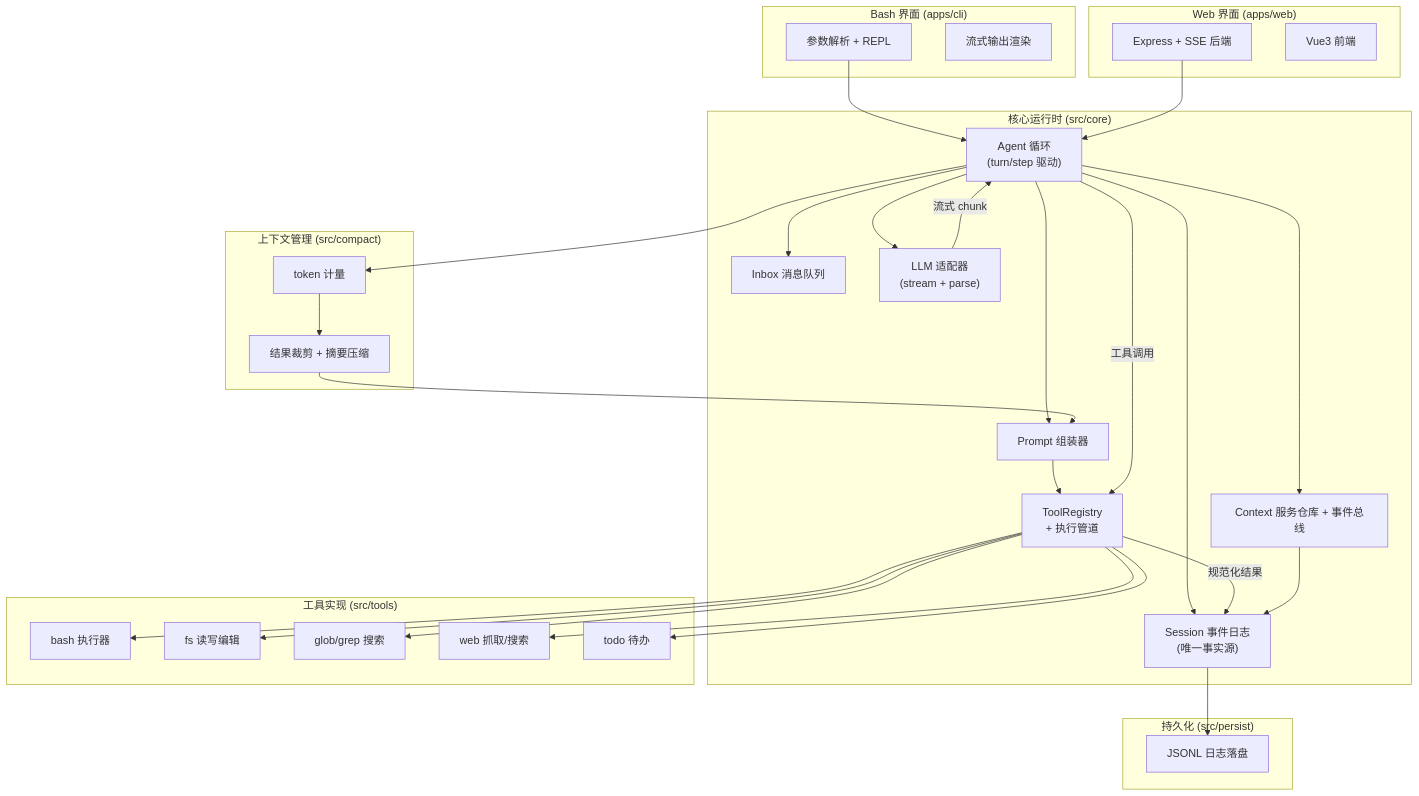
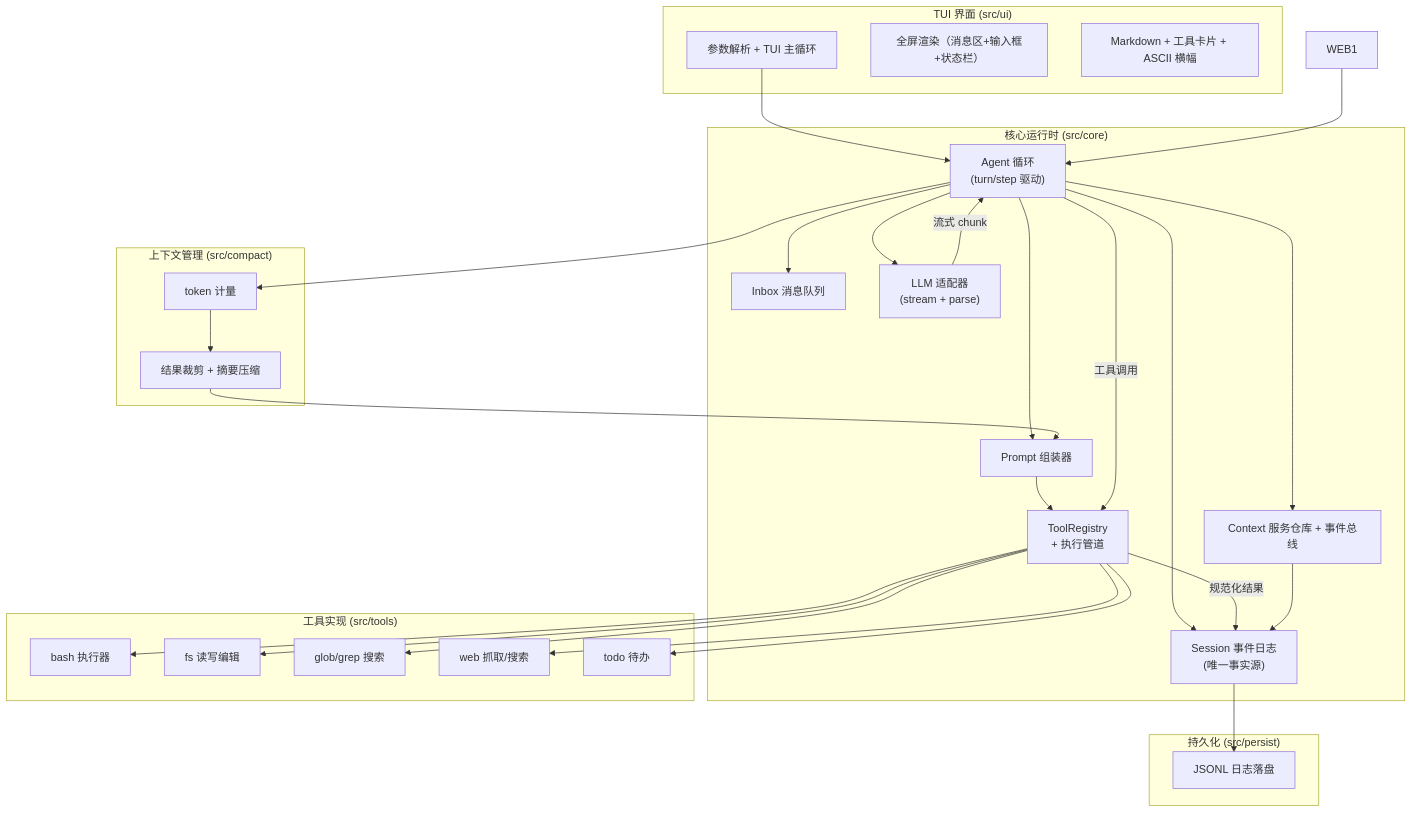
Before and after one commit to SparkNJU/SparkCode: the first of 3 diagrams in docs/SparkCode技术方案.md, drawn with Mermaid. The commit also changed other lines of this file, not shown here.

````diff
--- a/docs/SparkCode技术方案.md
+++ b/docs/SparkCode技术方案.md
@@ -44,56 +44,53 @@
 ```mermaid
 flowchart TB
-  subgraph CLI["Bash 界面 (apps/cli)"]
-    CLI1["参数解析 + REPL"]
-    CLI2["流式输出渲染"]
-  end
-  subgraph WEB["Web 界面 (apps/web)"]
-    WEB1["Express + SSE 后端"]
-    WEB2["Vue3 前端"]
+  subgraph CLI["TUI 界面 (src/ui)"]
+    CLI1["参数解析 + TUI 主循环"]
+    CLI2["全屏渲染（消息区+输入框+状态栏）"]
+    CLI3["Markdown + 工具卡片 + ASCII 横幅"]
   end
   subgraph CORE["核心运行时 (src/core)"]
     SESSION["Session 事件日志<br/>(唯一事实源)"]
     LOOP["Agent 循环<br/>(turn/step 驱动)"]
     INBOX["Inbox 消息队列"]
     PROMPT["Prompt 组装器"]
     TOOLS["ToolRegistry<br/>+ 执行管道"]
     LLM["LLM 适配器<br/>(stream + parse)"]
     CTX["Context 服务仓库 + 事件总线"]
   end
   subgraph IMPL["工具实现 (src/tools)"]
     BASH["bash 执行器"]
     FS["fs 读写编辑"]
     SEARCH["glob/grep 搜索"]
     WEBT["web 抓取/搜索"]
     TODO["todo 待办"]
   end
   subgraph PERSIST["持久化 (src/persist)"]
     JSONL["JSONL 日志落盘"]
   end
   subgraph COMPACT["上下文管理 (src/compact)"]
     METER["token 计量"]
     TRIM["结果裁剪 + 摘要压缩"]
   end
 
   CLI1 --> LOOP
   WEB1 --> LOOP
   LOOP --> INBOX
   LOOP --> SESSION
   LOOP --> PROMPT
   PROMPT --> TOOLS
   LOOP --> LLM
   LLM -->|流式 chunk| LOOP
   LOOP -->|工具调用| TOOLS
   TOOLS --> BASH
   TOOLS --> FS
   TOOLS --> SEARCH
   TOOLS --> WEBT
   TOOLS --> TODO
   TOOLS -->|规范化结果| SESSION
   LOOP --> CTX
   CTX --> SESSION
   SESSION --> JSONL
   LOOP --> METER
   METER --> TRIM
   TRIM --> PROMPT
 ```
````
